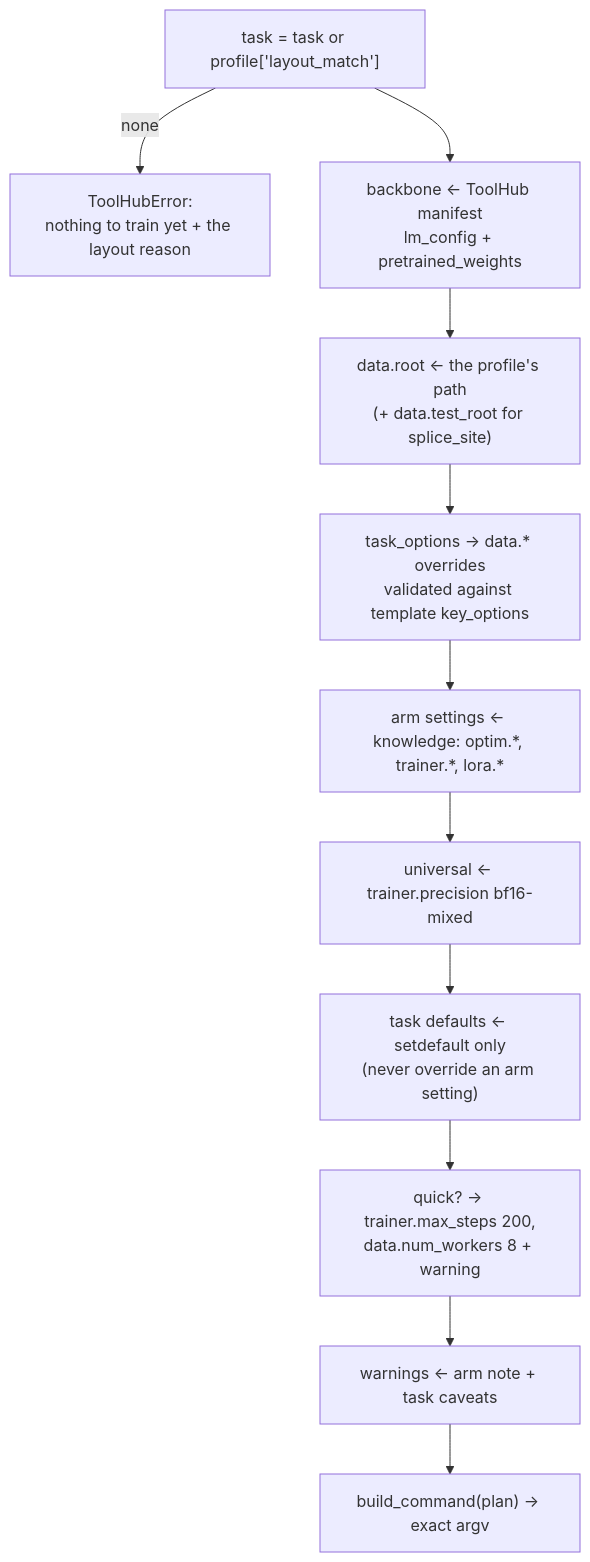
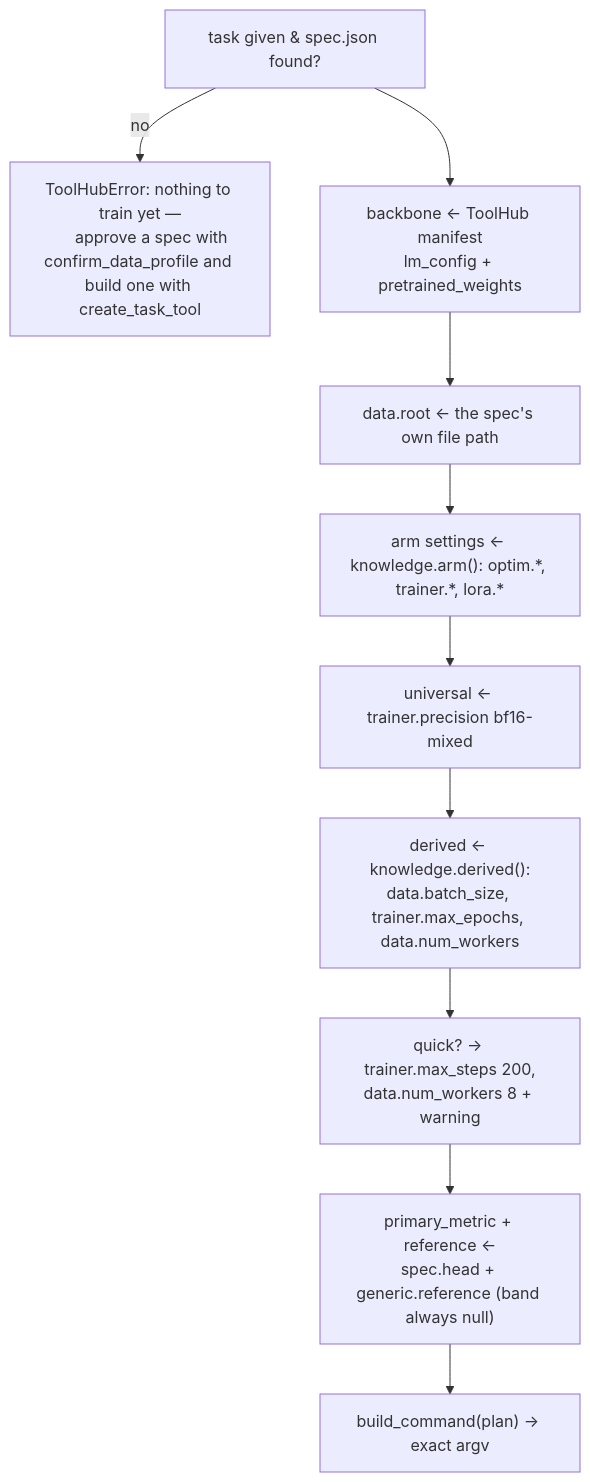
The diagram in documents/modules/profiling-and-knowledge.md (mhahmadi258/adaptrna), drawn with Mermaid before and after one commit. The commit also changed other lines of this file and 25 other files, not shown here.

````diff
--- a/documents/modules/profiling-and-knowledge.md
+++ b/documents/modules/profiling-and-knowledge.md
@@ -148,13 +253,13 @@
 ```mermaid
 flowchart TD
-    A["task = task or profile['layout_match']"] -->|"none"| REFUSE["ToolHubError:<br/>nothing to train yet + the layout reason"]
+    A["task given & spec.json found?"] -->|"no"| REFUSE["ToolHubError: nothing to train yet —
+      approve a spec with confirm_data_profile and build one with create_task_tool"]
     A --> B["backbone ← ToolHub manifest<br/>lm_config + pretrained_weights"]
-    B --> C["data.root ← the profile's path<br/>(+ data.test_root for splice_site)"]
-    C --> D["task_options → data.* overrides<br/>validated against template key_options"]
-    D --> E["arm settings ← knowledge: optim.*, trainer.*, lora.*"]
-    E --> F["universal ← trainer.precision bf16-mixed"]
-    F --> G["task defaults ← setdefault only<br/>(never override an arm setting)"]
-    G --> H["quick? → trainer.max_steps 200,<br/>data.num_workers 8 + warning"]
-    H --> I["warnings ← arm note + task caveats"]
-    I --> J["build_command(plan) → exact argv"]
+    B --> C["data.root ← the spec's own file path"]
+    C --> D["arm settings ← knowledge.arm(): optim.*, trainer.*, lora.*"]
+    D --> E["universal ← trainer.precision bf16-mixed"]
+    E --> F["derived ← knowledge.derived():<br/>data.batch_size, trainer.max_epochs, data.num_workers"]
+    F --> G["quick? → trainer.max_steps 200,<br/>data.num_workers 8 + warning"]
+    G --> H["primary_metric + reference ←<br/>spec.head + generic.reference (band always null)"]
+    H --> I["build_command(plan) → exact argv"]
 ```
````
